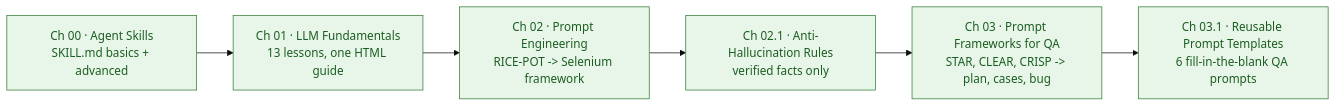
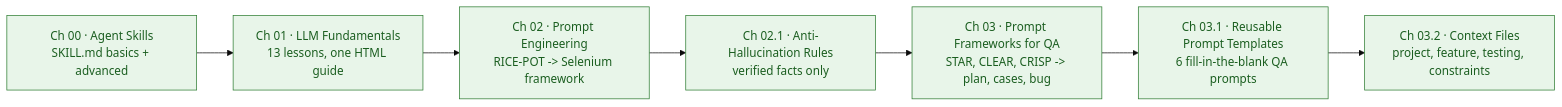
Before and after one commit to shobhitsharma5577/AITesterBluePrint5X: the first of 8 diagrams in README.md, drawn with Mermaid (base theme). The commit also changed other lines of this file and 10 other files, not shown here.

````diff
--- a/README.md
+++ b/README.md
@@ -26,11 +27,12 @@
 ```mermaid
 flowchart LR
     C0["Ch 00 · Agent Skills<br/>SKILL.md basics + advanced"] --> C1["Ch 01 · LLM Fundamentals<br/>13 lessons, one HTML guide"]
     C1 --> C2["Ch 02 · Prompt Engineering<br/>RICE-POT -> Selenium framework"]
     C2 --> C21["Ch 02.1 · Anti-Hallucination Rules<br/>verified facts only"]
     C21 --> C3["Ch 03 · Prompt Frameworks for QA<br/>STAR, CLEAR, CRISP -> plan, cases, bug"]
     C3 --> C31["Ch 03.1 · Reusable Prompt Templates<br/>6 fill-in-the-blank QA prompts"]
+    C31 --> C32["Ch 03.2 · Context Files<br/>project, feature, testing, constraints"]
 
     classDef done fill:#e8f5e9,stroke:#2e7d32,color:#1b5e20
-    class C0,C1,C2,C21,C3,C31 done
+    class C0,C1,C2,C21,C3,C31,C32 done
 ```
````
